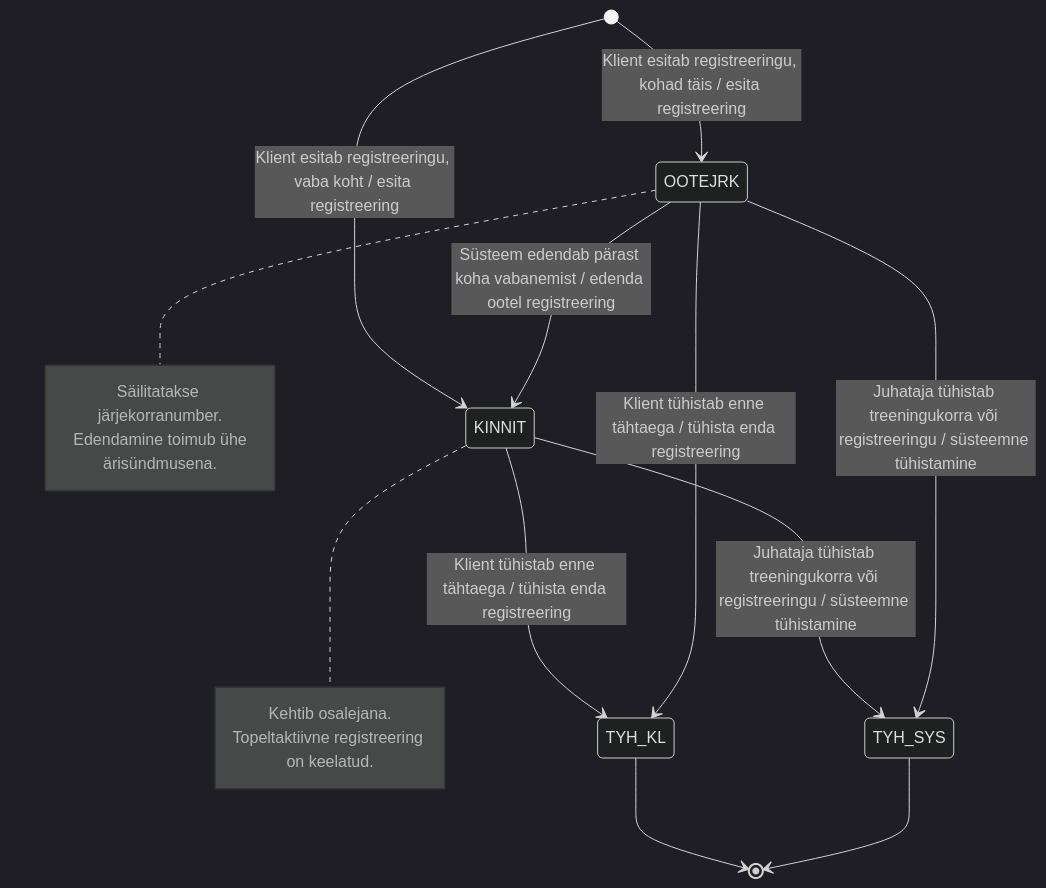
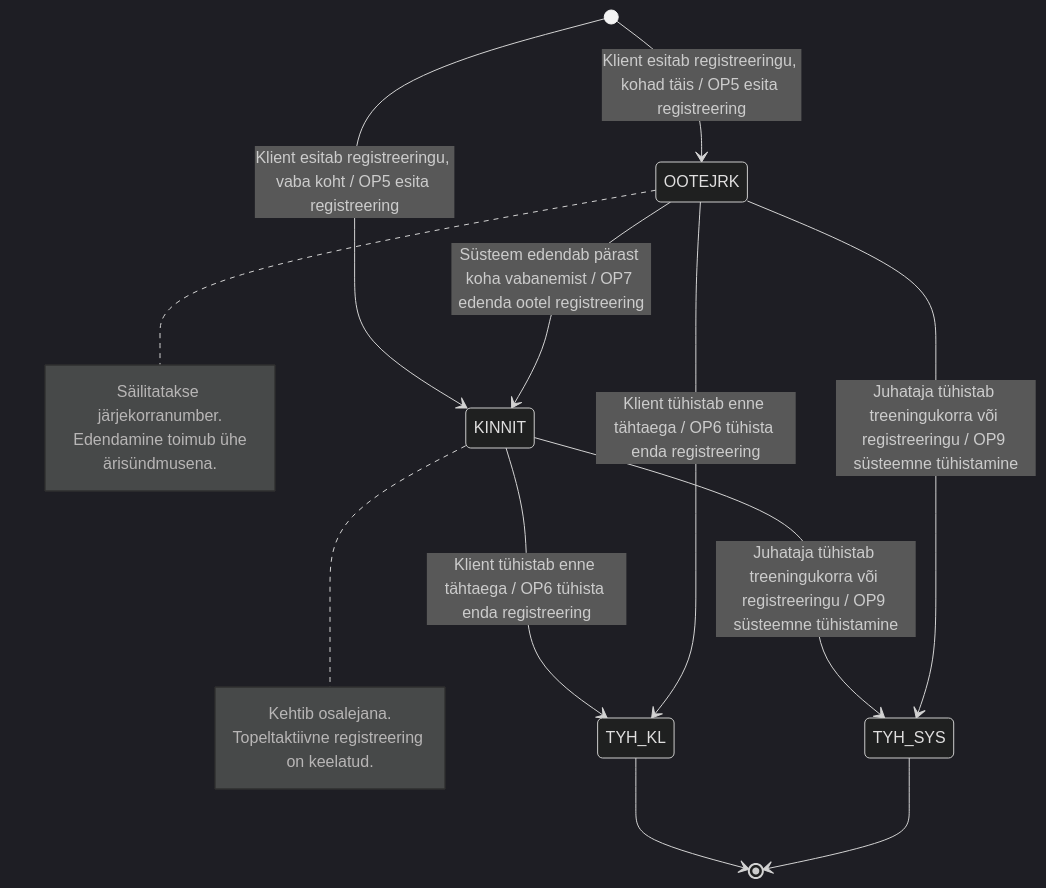
One commit to tamkivi/andmebaasid-projekt changed the diagram in diagrams/06_registration_state.mmd. Above: the diagram before and after it, drawn with Mermaid (dark theme). The commit also changed 19 other files, not shown here.

```diff
--- a/diagrams/06_registration_state.mmd
+++ b/diagrams/06_registration_state.mmd
@@ -1,20 +1,20 @@
 stateDiagram-v2
-    [*] --> KINNIT: Klient esitab registreeringu, vaba koht / esita registreering
-    [*] --> OOTEJRK: Klient esitab registreeringu, kohad täis / esita registreering
-    OOTEJRK --> KINNIT: Süsteem edendab pärast koha vabanemist / edenda ootel registreering
-    KINNIT --> TYH_KL: Klient tühistab enne tähtaega / tühista enda registreering
-    OOTEJRK --> TYH_KL: Klient tühistab enne tähtaega / tühista enda registreering
-    KINNIT --> TYH_SYS: Juhataja tühistab treeningukorra või registreeringu / süsteemne tühistamine
-    OOTEJRK --> TYH_SYS: Juhataja tühistab treeningukorra või registreeringu / süsteemne tühistamine
+    [*] --> KINNIT: Klient esitab registreeringu, vaba koht / OP5 esita registreering
+    [*] --> OOTEJRK: Klient esitab registreeringu, kohad täis / OP5 esita registreering
+    OOTEJRK --> KINNIT: Süsteem edendab pärast koha vabanemist / OP7 edenda ootel registreering
+    KINNIT --> TYH_KL: Klient tühistab enne tähtaega / OP6 tühista enda registreering
+    OOTEJRK --> TYH_KL: Klient tühistab enne tähtaega / OP6 tühista enda registreering
+    KINNIT --> TYH_SYS: Juhataja tühistab treeningukorra või registreeringu / OP9 süsteemne tühistamine
+    OOTEJRK --> TYH_SYS: Juhataja tühistab treeningukorra või registreeringu / OP9 süsteemne tühistamine
     TYH_KL --> [*]
     TYH_SYS --> [*]
 
     note right of KINNIT
         Kehtib osalejana.
         Topeltaktiivne registreering on keelatud.
     end note
     note right of OOTEJRK
         Säilitatakse järjekorranumber.
         Edendamine toimub ühe
         ärisündmusena.
     end note
```
